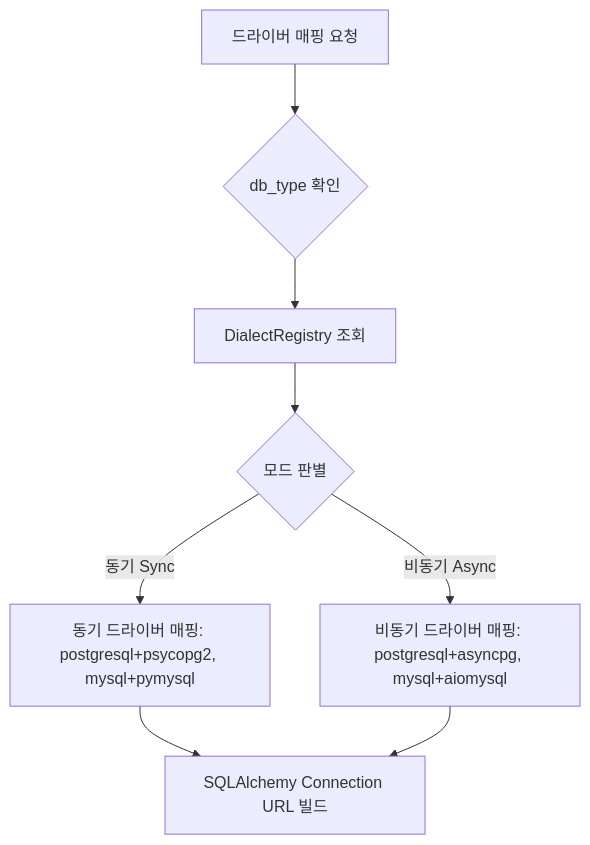
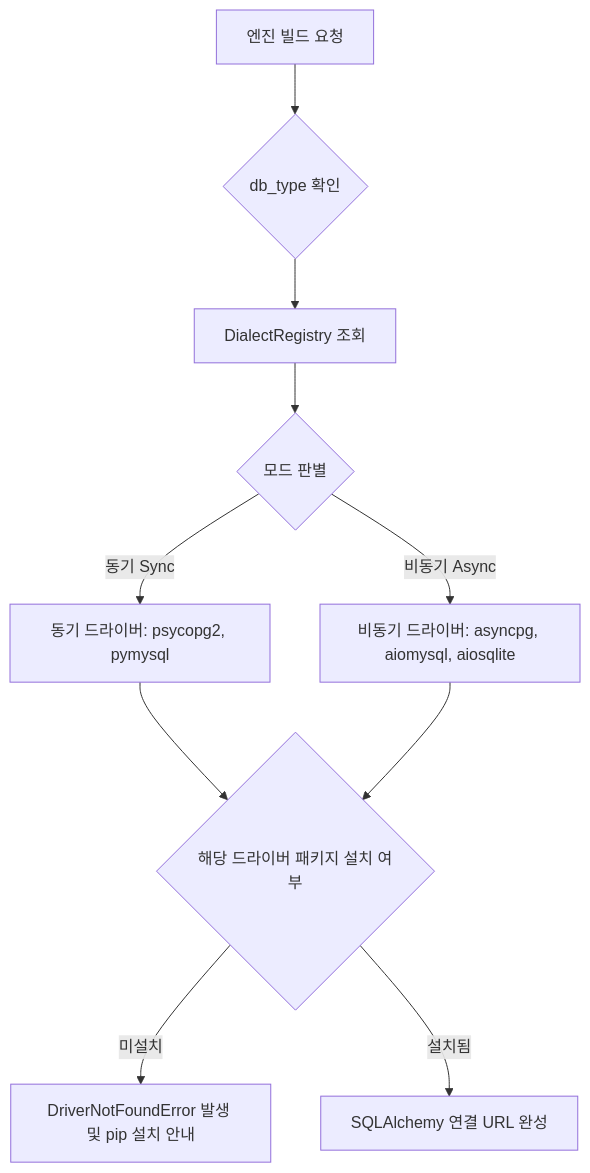
The second of 4 diagrams in docs/sqla-autoconfig/spec-writer/fsd/AUTOCONFIG_SPECIFICATION.md (ozplayground/python-package), drawn with Mermaid before and after one commit. The commit also changed other lines of this file and 53 other files, not shown here.

````diff
--- a/docs/sqla-autoconfig/spec-writer/fsd/AUTOCONFIG_SPECIFICATION.md
+++ b/docs/sqla-autoconfig/spec-writer/fsd/AUTOCONFIG_SPECIFICATION.md
@@ -112,10 +120,12 @@
 ```mermaid
 flowchart TD
-    A[드라이버 매핑 요청] --> B{db_type 확인}
+    A[엔진 빌드 요청] --> B{db_type 확인}
     B --> C[DialectRegistry 조회]
     C --> D{모드 판별}
-    D -- 동기 Sync --> E[동기 드라이버 매핑: postgresql+psycopg2, mysql+pymysql]
-    D -- 비동기 Async --> F[비동기 드라이버 매핑: postgresql+asyncpg, mysql+aiomysql]
-    E --> G[SQLAlchemy Connection URL 빌드]
+    D -- 동기 Sync --> E[동기 드라이버: psycopg2, pymysql]
+    D -- 비동기 Async --> F[비동기 드라이버: asyncpg, aiomysql, aiosqlite]
+    E --> G{해당 드라이버 패키지 설치 여부}
     F --> G
+    G -- 미설치 --> H[DriverNotFoundError 발생 및 pip 설치 안내]
+    G -- 설치됨 --> I[SQLAlchemy 연결 URL 완성]
 ```
````
